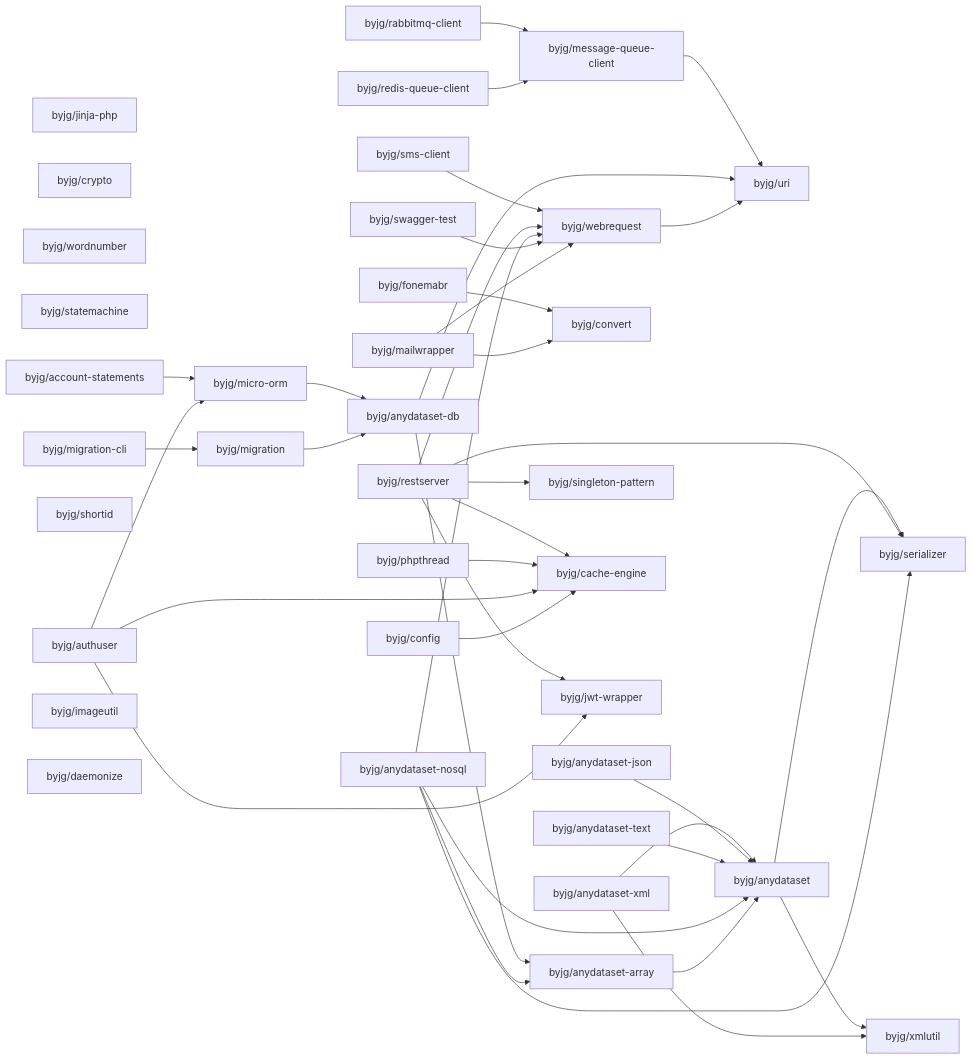
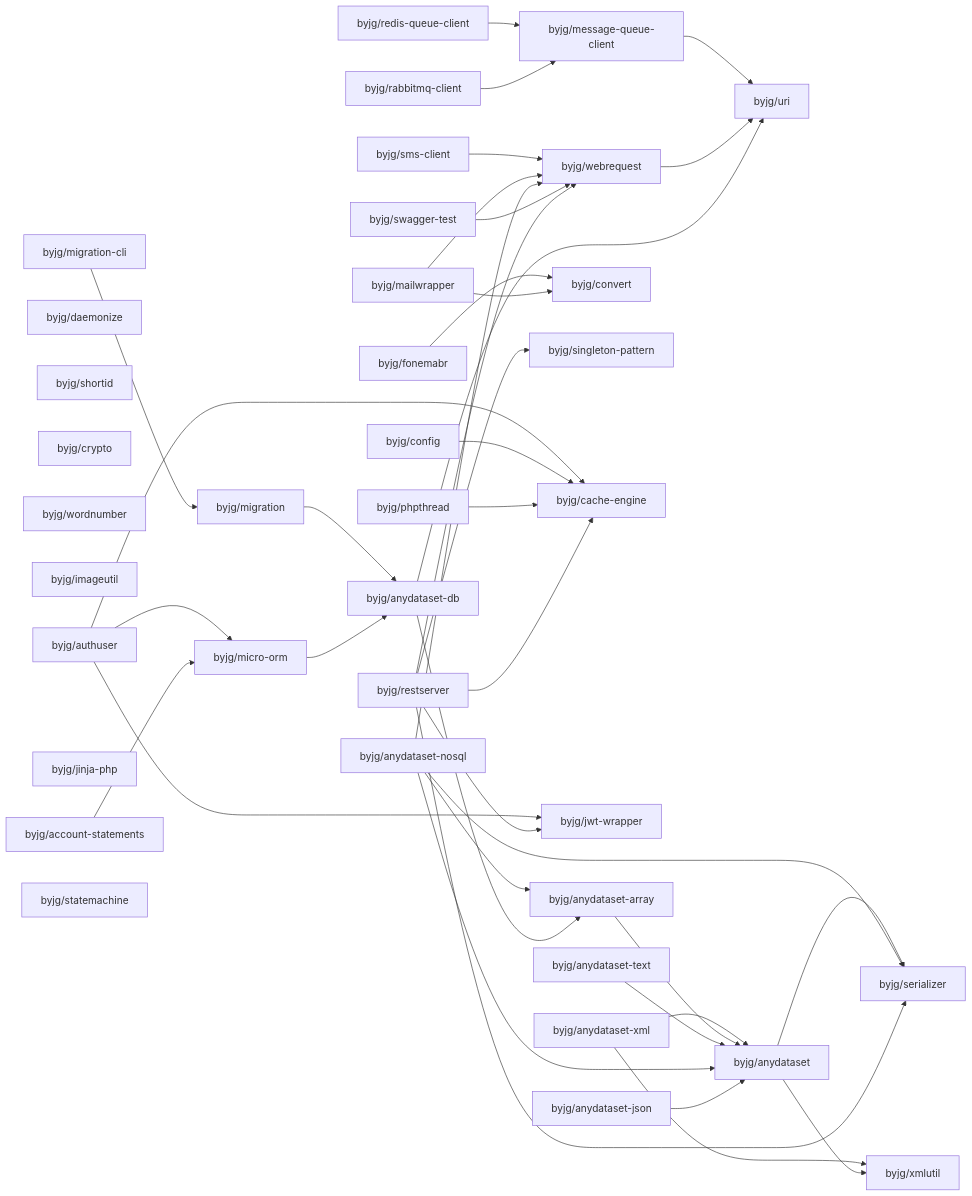
One commit to byjg/byjg.github.io changed the diagram in docs/php/README.md. Above: the diagram before and after it, drawn with Mermaid. The commit also changed other lines of this file, not shown here.

Commit message:
Update documentation 'php' 'php-migration'

````diff
--- a/docs/php/README.md
+++ b/docs/php/README.md
@@ -3,76 +3,76 @@
 ```mermaid
 graph LR;
+  byjg/account-statements;
+  byjg/sms-client;
+  byjg/daemonize;
+  byjg/config;
+  byjg/anydataset-xml;
+  byjg/shortid;
+  byjg/mailwrapper;
+  byjg/crypto;
+  byjg/anydataset-nosql;
+  byjg/rabbitmq-client;
+  byjg/fonemabr;
+  byjg/wordnumber;
+  byjg/anydataset-text;
+  byjg/restserver;
+  byjg/anydataset-json;
+  byjg/imageutil;
+  byjg/phpthread;
+  byjg/authuser;
   byjg/jinja-php;
-  byjg/phpthread;
-  byjg/sms-client;
-  byjg/crypto;
-  byjg/anydataset-text;
-  byjg/anydataset-json;
-  byjg/rabbitmq-client;
-  byjg/wordnumber;
+  byjg/redis-queue-client;
+  byjg/migration-cli;
+  byjg/swagger-test;
   byjg/statemachine;
-  byjg/authuser;
-  byjg/migration-cli;
-  byjg/fonemabr;
-  byjg/anydataset-xml;
-  byjg/mailwrapper;
-  byjg/swagger-test;
-  byjg/config;
-  byjg/shortid;
-  byjg/account-statements;
-  byjg/redis-queue-client;
-  byjg/imageutil;
-  byjg/daemonize;
-  byjg/restserver;
-  byjg/anydataset-nosql;
-  byjg/migration;
   byjg/convert;
+  byjg/singleton-pattern;
   byjg/micro-orm;
-  byjg/message-queue-client;
-  byjg/singleton-pattern;
   byjg/cache-engine;
   byjg/jwt-wrapper;
+  byjg/message-queue-client;
+  byjg/migration;
   byjg/webrequest;
   byjg/anydataset-db;
   byjg/anydataset-array;
   byjg/uri;
   byjg/anydataset;
   byjg/serializer;
   byjg/xmlutil;
-  byjg/account-statements --> byjg/micro-orm;
-  byjg/message-queue-client --> byjg/uri;
+  byjg/anydataset-xml --> byjg/anydataset;
+  byjg/anydataset-xml --> byjg/xmlutil;
+  byjg/anydataset-array --> byjg/anydataset;
+  byjg/authuser --> byjg/micro-orm;
+  byjg/authuser --> byjg/cache-engine;
+  byjg/authuser --> byjg/jwt-wrapper;
+  byjg/config --> byjg/cache-engine;
   byjg/anydataset --> byjg/serializer;
   byjg/anydataset --> byjg/xmlutil;
+  byjg/account-statements --> byjg/micro-orm;
+  byjg/migration --> byjg/anydataset-db;
+  byjg/fonemabr --> byjg/convert;
+  byjg/sms-client --> byjg/webrequest;
+  byjg/message-queue-client --> byjg/uri;
+  byjg/mailwrapper --> byjg/convert;
+  byjg/mailwrapper --> byjg/webrequest;
+  byjg/webrequest --> byjg/uri;
+  byjg/redis-queue-client --> byjg/message-queue-client;
+  byjg/anydataset-text --> byjg/anydataset;
+  byjg/migration-cli --> byjg/migration;
+  byjg/micro-orm --> byjg/anydataset-db;
+  byjg/phpthread --> byjg/cache-engine;
+  byjg/anydataset-nosql --> byjg/anydataset;
+  byjg/anydataset-nosql --> byjg/anydataset-array;
+  byjg/anydataset-nosql --> byjg/serializer;
+  byjg/anydataset-nosql --> byjg/webrequest;
+  byjg/swagger-test --> byjg/webrequest;
   byjg/rabbitmq-client --> byjg/message-queue-client;
-  byjg/anydataset-xml --> byjg/anydataset;
-  byjg/anydataset-xml --> byjg/xmlutil;
-  byjg/sms-client --> byjg/webrequest;
   byjg/anydataset-db --> byjg/anydataset-array;
   byjg/anydataset-db --> byjg/uri;
-  byjg/micro-orm --> byjg/anydataset-db;
   byjg/anydataset-json --> byjg/anydataset;
   byjg/restserver --> byjg/serializer;
   byjg/restserver --> byjg/singleton-pattern;
   byjg/restserver --> byjg/cache-engine;
   byjg/restserver --> byjg/webrequest;
   byjg/restserver --> byjg/jwt-wrapper;
-  byjg/webrequest --> byjg/uri;
-  byjg/anydataset-text --> byjg/anydataset;
-  byjg/redis-queue-client --> byjg/message-queue-client;
-  byjg/phpthread --> byjg/cache-engine;
-  byjg/authuser --> byjg/micro-orm;
-  byjg/authuser --> byjg/cache-engine;
-  byjg/authuser --> byjg/jwt-wrapper;
-  byjg/config --> byjg/cache-engine;
-  byjg/fonemabr --> byjg/convert;
-  byjg/anydataset-nosql --> byjg/anydataset;
-  byjg/anydataset-nosql --> byjg/anydataset-array;
-  byjg/anydataset-nosql --> byjg/serializer;
-  byjg/anydataset-nosql --> byjg/webrequest;
-  byjg/anydataset-array --> byjg/anydataset;
-  byjg/swagger-test --> byjg/webrequest;
-  byjg/migration-cli --> byjg/migration;
-  byjg/migration --> byjg/anydataset-db;
-  byjg/mailwrapper --> byjg/convert;
-  byjg/mailwrapper --> byjg/webrequest;
 ```
````
